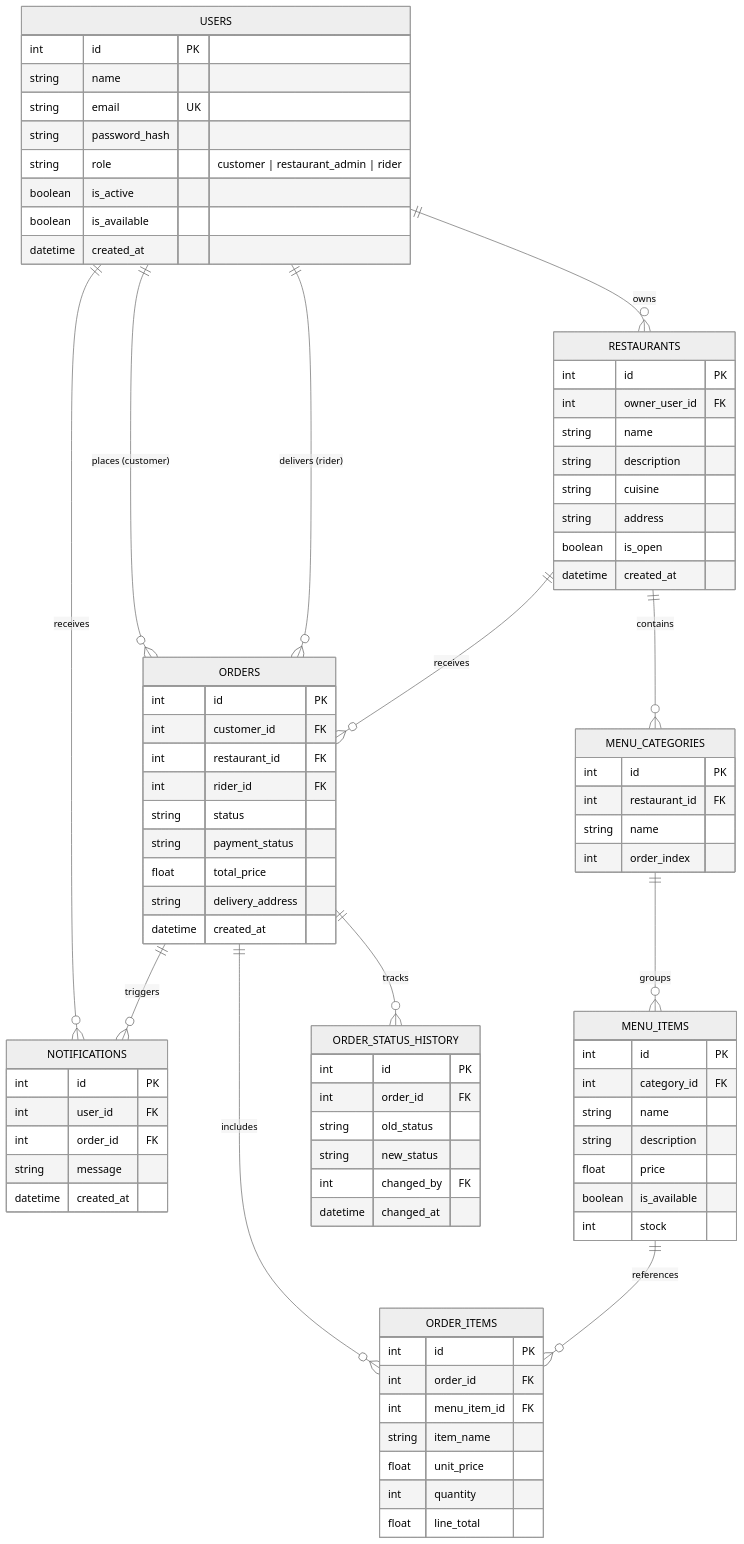
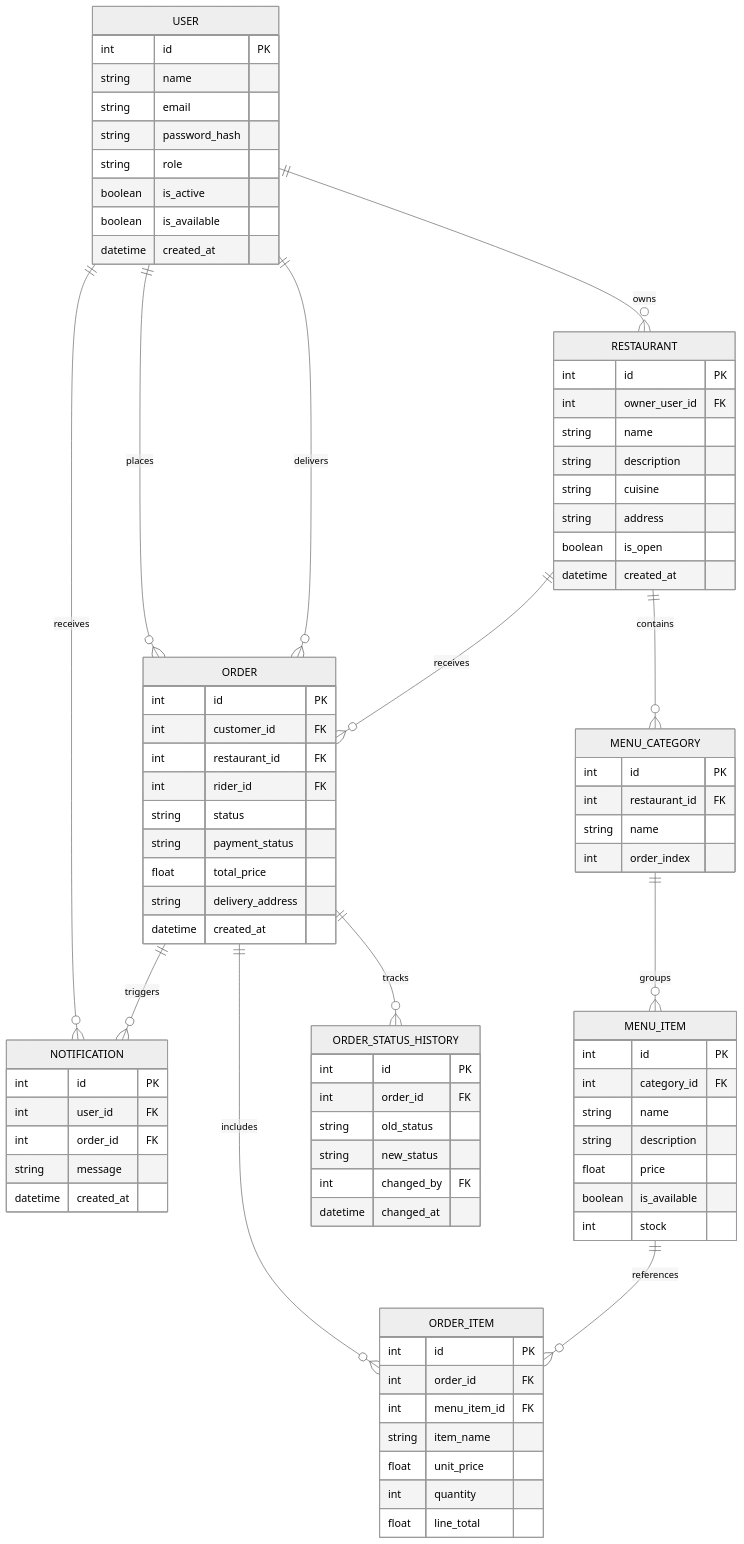
One commit to sahilwaqar-Dev24/smartfoodops-sahil changed the diagram in docs/design.md. Above: the diagram before and after it, drawn with Mermaid (neutral theme).

Commit message:
fix: mermaid erd syntax for github renderer

````diff
--- a/docs/design.md
+++ b/docs/design.md
@@ -49,33 +49,33 @@
 ```mermaid
 erDiagram
-    USERS ||--o{ RESTAURANTS : "owns"
-    USERS ||--o{ ORDERS : "places (customer)"
-    USERS ||--o{ ORDERS : "delivers (rider)"
-    USERS ||--o{ NOTIFICATIONS : "receives"
+    USER ||--o{ RESTAURANT : owns
+    USER ||--o{ ORDER : places
+    USER ||--o{ ORDER : delivers
+    USER ||--o{ NOTIFICATION : receives
     
-    RESTAURANTS ||--o{ MENU_CATEGORIES : "contains"
-    RESTAURANTS ||--o{ ORDERS : "receives"
+    RESTAURANT ||--o{ MENU_CATEGORY : contains
+    RESTAURANT ||--o{ ORDER : receives
     
-    MENU_CATEGORIES ||--o{ MENU_ITEMS : "groups"
+    MENU_CATEGORY ||--o{ MENU_ITEM : groups
     
-    ORDERS ||--o{ ORDER_ITEMS : "includes"
-    ORDERS ||--o{ ORDER_STATUS_HISTORY : "tracks"
-    ORDERS ||--o{ NOTIFICATIONS : "triggers"
+    ORDER ||--o{ ORDER_ITEM : includes
+    ORDER ||--o{ ORDER_STATUS_HISTORY : tracks
+    ORDER ||--o{ NOTIFICATION : triggers
     
-    MENU_ITEMS ||--o{ ORDER_ITEMS : "references"
+    MENU_ITEM ||--o{ ORDER_ITEM : references
 
-    USERS {
+    USER {
         int id PK
         string name
-        string email UK
+        string email
         string password_hash
-        string role "customer | restaurant_admin | rider"
+        string role
         boolean is_active
         boolean is_available
         datetime created_at
     }
 
-    RESTAURANTS {
+    RESTAURANT {
         int id PK
         int owner_user_id FK
         string name
@@ -86,14 +86,14 @@
         datetime created_at
     }
 
-    MENU_CATEGORIES {
+    MENU_CATEGORY {
         int id PK
         int restaurant_id FK
         string name
         int order_index
     }
 
-    MENU_ITEMS {
+    MENU_ITEM {
         int id PK
         int category_id FK
         string name
@@ -103,7 +103,7 @@
         int stock
     }
 
-    ORDERS {
+    ORDER {
         int id PK
         int customer_id FK
         int restaurant_id FK
@@ -115,7 +115,7 @@
         datetime created_at
     }
 
-    ORDER_ITEMS {
+    ORDER_ITEM {
         int id PK
         int order_id FK
         int menu_item_id FK
@@ -134,7 +134,7 @@
         datetime changed_at
     }
 
-    NOTIFICATIONS {
+    NOTIFICATION {
         int id PK
         int user_id FK
         int order_id FK
````
